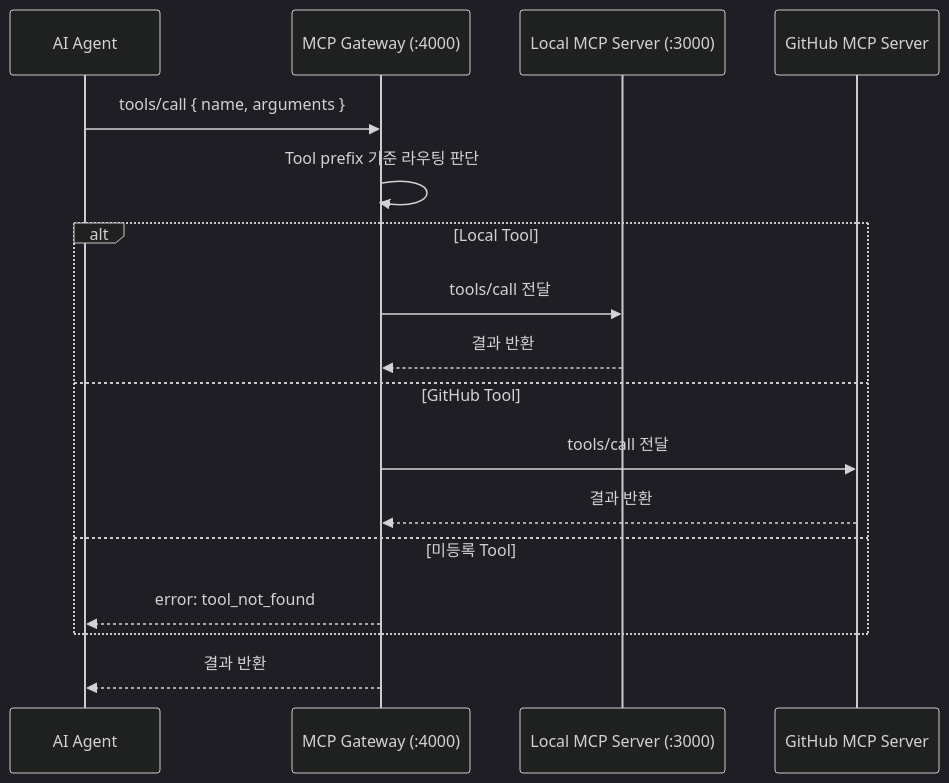
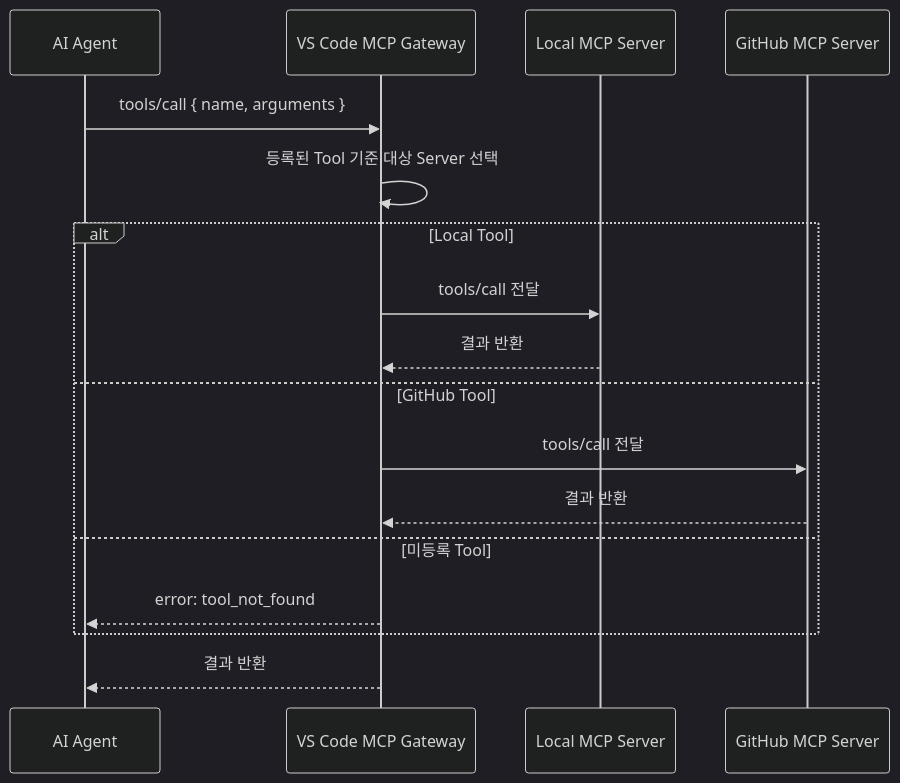
The first of 2 diagrams in docs/mcp/mcp_gateway.md (JeonghunLee/local-ai-agent-mcp), drawn with Mermaid (dark theme) before and after one commit. The commit also changed other lines of this file and 1 other file, not shown here.

````diff
--- a/docs/mcp/mcp_gateway.md
+++ b/docs/mcp/mcp_gateway.md
@@ -61,22 +86,22 @@
 ```mermaid
 sequenceDiagram
     participant A as AI Agent
-    participant G as MCP Gateway (:4000)
-    participant L as Local MCP Server (:3000)
+    participant G as VS Code MCP Gateway
+    participant L as Local MCP Server
     participant GH as GitHub MCP Server
 
     A->>G: tools/call { name, arguments }
-    G->>G: Tool prefix 기준 라우팅 판단
+    G->>G: 등록된 Tool 기준 대상 Server 선택
 
     alt Local Tool
         G->>L: tools/call 전달
         L-->>G: 결과 반환
     else GitHub Tool
         G->>GH: tools/call 전달
         GH-->>G: 결과 반환
     else 미등록 Tool
         G-->>A: error: tool_not_found
     end
 
     G-->>A: 결과 반환
 ```
````
